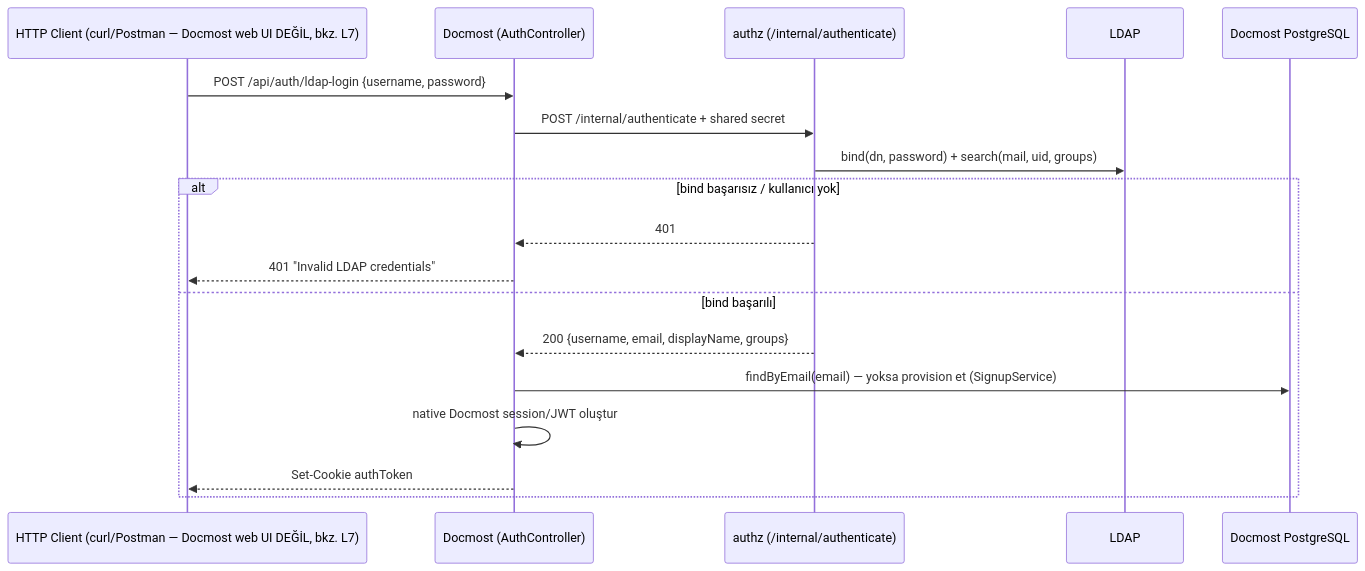
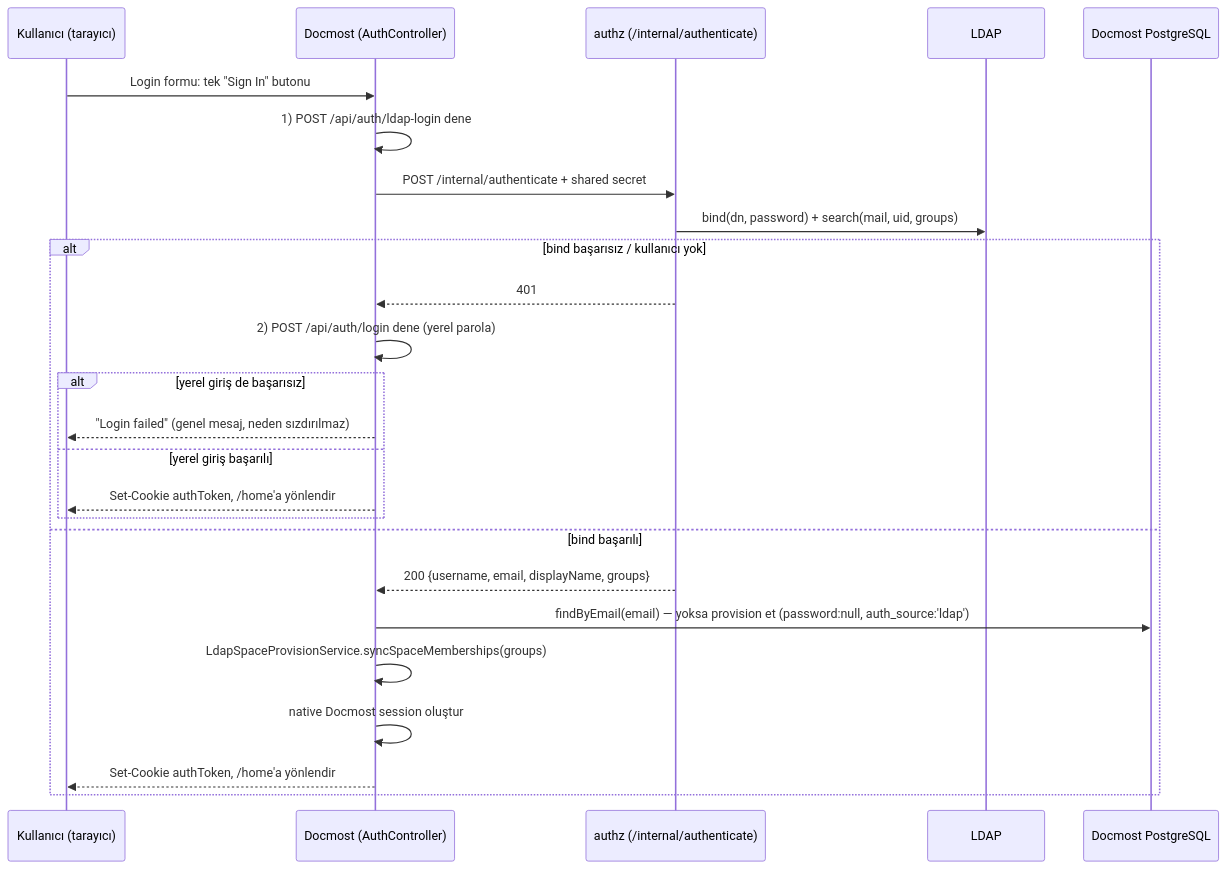
The second of 2 diagrams in ingwiki/spec/03-final-architecture-and-use-cases.md (farukonder-ingtr/docmost), drawn with Mermaid before and after one commit. The commit also changed other lines of this file and 5 other files, not shown here.

````diff
--- a/ingwiki/spec/03-final-architecture-and-use-cases.md
+++ b/ingwiki/spec/03-final-architecture-and-use-cases.md
@@ -66,21 +45,28 @@
 ```mermaid
 sequenceDiagram
-    participant B as HTTP Client (curl/Postman — Docmost web UI DEĞİL, bkz. L7)
+    participant U as Kullanıcı (tarayıcı)
     participant D as Docmost (AuthController)
     participant A as authz (/internal/authenticate)
     participant L as LDAP
     participant DB as Docmost PostgreSQL
 
-    B->>D: POST /api/auth/ldap-login {username, password}
+    U->>D: Login formu: tek "Sign In" butonu
+    D->>D: 1) POST /api/auth/ldap-login dene
     D->>A: POST /internal/authenticate + shared secret
     A->>L: bind(dn, password) + search(mail, uid, groups)
     alt bind başarısız / kullanıcı yok
         A-->>D: 401
-        D-->>B: 401 "Invalid LDAP credentials"
+        D->>D: 2) POST /api/auth/login dene (yerel parola)
+        alt yerel giriş de başarısız
+            D-->>U: "Login failed" (genel mesaj, neden sızdırılmaz)
+        else yerel giriş başarılı
+            D-->>U: Set-Cookie authToken, /home'a yönlendir
+        end
     else bind başarılı
         A-->>D: 200 {username, email, displayName, groups}
-        D->>DB: findByEmail(email) — yoksa provision et (SignupService)
-        D->>D: native Docmost session/JWT oluştur
-        D-->>B: Set-Cookie authToken
+        D->>DB: findByEmail(email) — yoksa provision et (password:null, auth_source:'ldap')
+        D->>D: LdapSpaceProvisionService.syncSpaceMemberships(groups)
+        D->>D: native Docmost session oluştur
+        D-->>U: Set-Cookie authToken, /home'a yönlendir
     end
 ```
````
